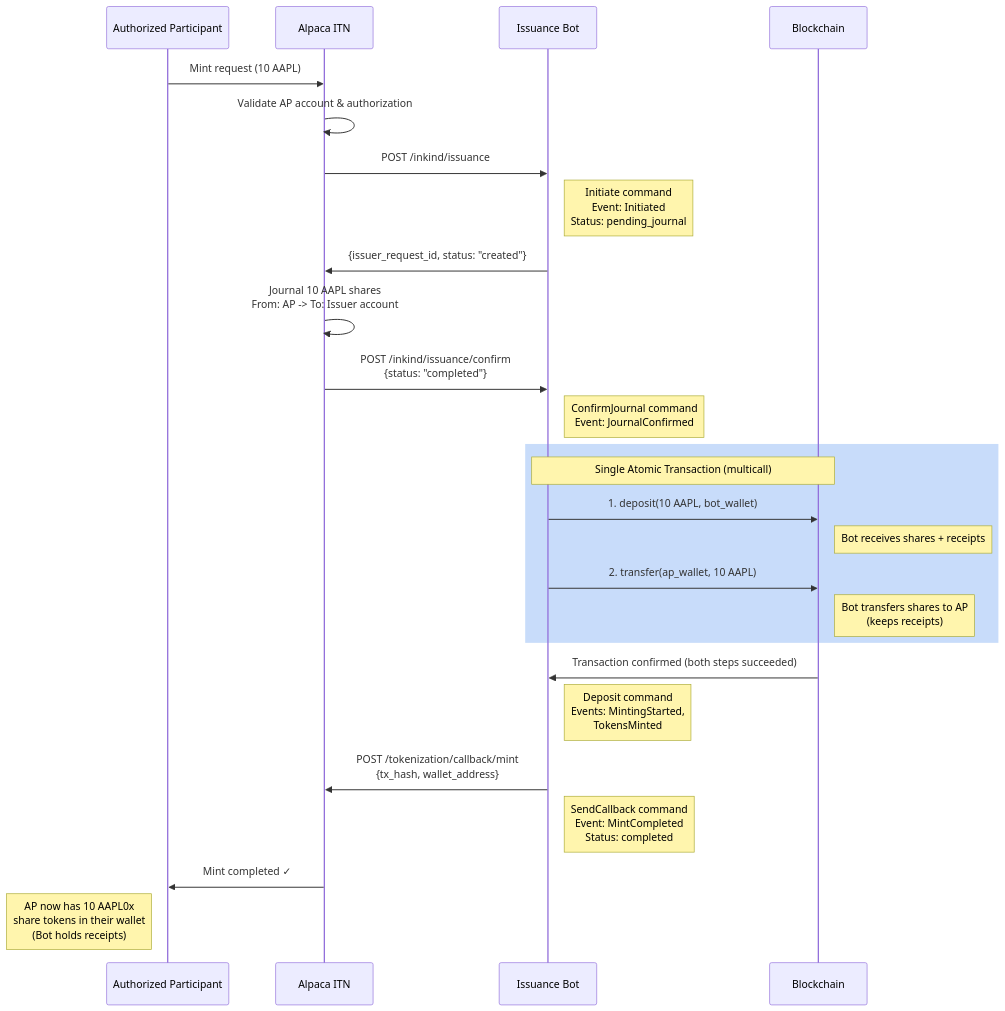
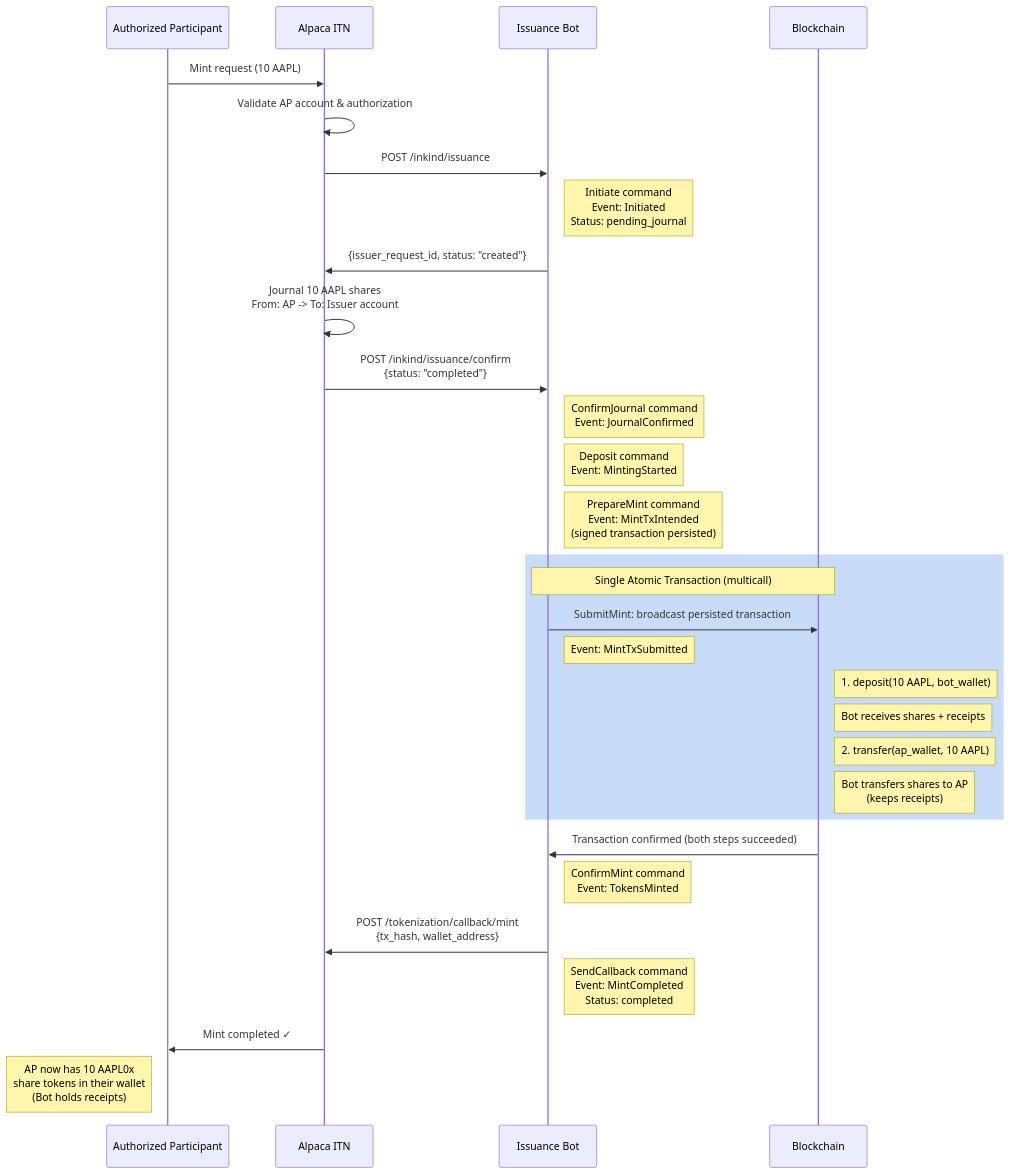
One commit to ST0x-Technology/st0x.issuance changed the third of 7 diagrams in SPEC.md. Above: the diagram before and after it, drawn with Mermaid. The commit also changed other lines of this file and 6 other files, not shown here.

````diff
--- a/SPEC.md
+++ b/SPEC.md
@@ -1227,33 +1224,37 @@
 ```mermaid
 sequenceDiagram
     participant AP as Authorized Participant
     participant Alpaca as Alpaca ITN
     participant Us as Issuance Bot
     participant Blockchain as Blockchain
 
     AP->>Alpaca: Mint request (10 AAPL)
     Alpaca->>Alpaca: Validate AP account & authorization
     Alpaca->>Us: POST /inkind/issuance
     Note right of Us: Initiate command<br/>Event: Initiated<br/>Status: pending_journal
     Us->>Alpaca: {issuer_request_id, status: "created"}
 
     Alpaca->>Alpaca: Journal 10 AAPL shares<br/>From: AP -> To: Issuer account
     Alpaca->>Us: POST /inkind/issuance/confirm<br/>{status: "completed"}
     Note right of Us: ConfirmJournal command<br/>Event: JournalConfirmed
+    Note right of Us: Deposit command<br/>Event: MintingStarted
+    Note right of Us: PrepareMint command<br/>Event: MintTxIntended<br/>(signed transaction persisted)
 
     rect rgb(200, 220, 250)
         Note over Us,Blockchain: Single Atomic Transaction (multicall)
-        Us->>Blockchain: 1. deposit(10 AAPL, bot_wallet)
+        Us->>Blockchain: SubmitMint: broadcast persisted transaction
+        Note right of Us: Event: MintTxSubmitted
+        Note right of Blockchain: 1. deposit(10 AAPL, bot_wallet)
         Note right of Blockchain: Bot receives shares + receipts
-        Us->>Blockchain: 2. transfer(ap_wallet, 10 AAPL)
+        Note right of Blockchain: 2. transfer(ap_wallet, 10 AAPL)
         Note right of Blockchain: Bot transfers shares to AP<br/>(keeps receipts)
     end
     Blockchain->>Us: Transaction confirmed (both steps succeeded)
-    Note right of Us: Deposit command<br/>Events: MintingStarted,<br/>TokensMinted
+    Note right of Us: ConfirmMint command<br/>Event: TokensMinted
 
     Us->>Alpaca: POST /tokenization/callback/mint<br/>{tx_hash, wallet_address}
     Note right of Us: SendCallback command<br/>Event: MintCompleted<br/>Status: completed
 
     Alpaca->>AP: Mint completed ✓
     Note left of AP: AP now has 10 AAPL0x<br/>share tokens in their wallet<br/>(Bot holds receipts)
 ```
````
